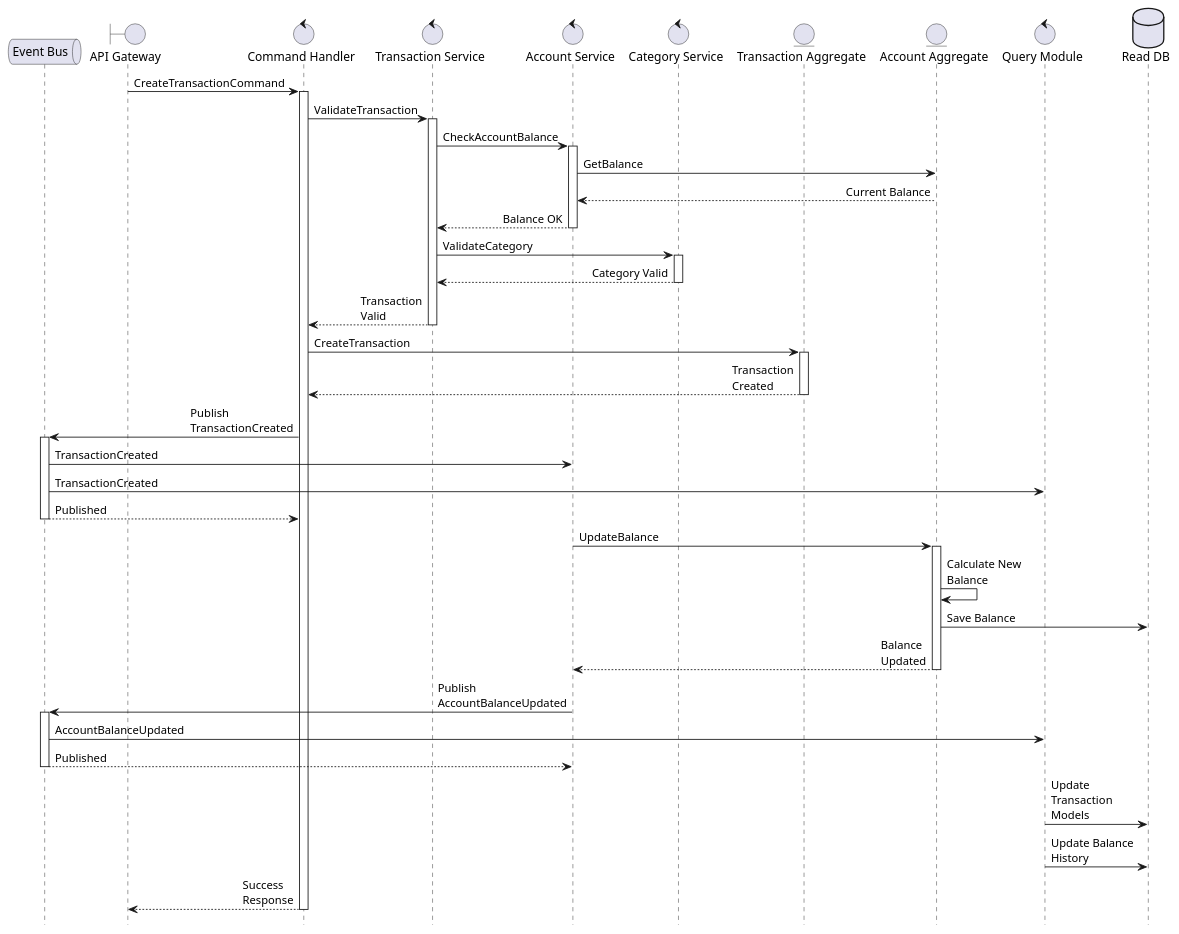
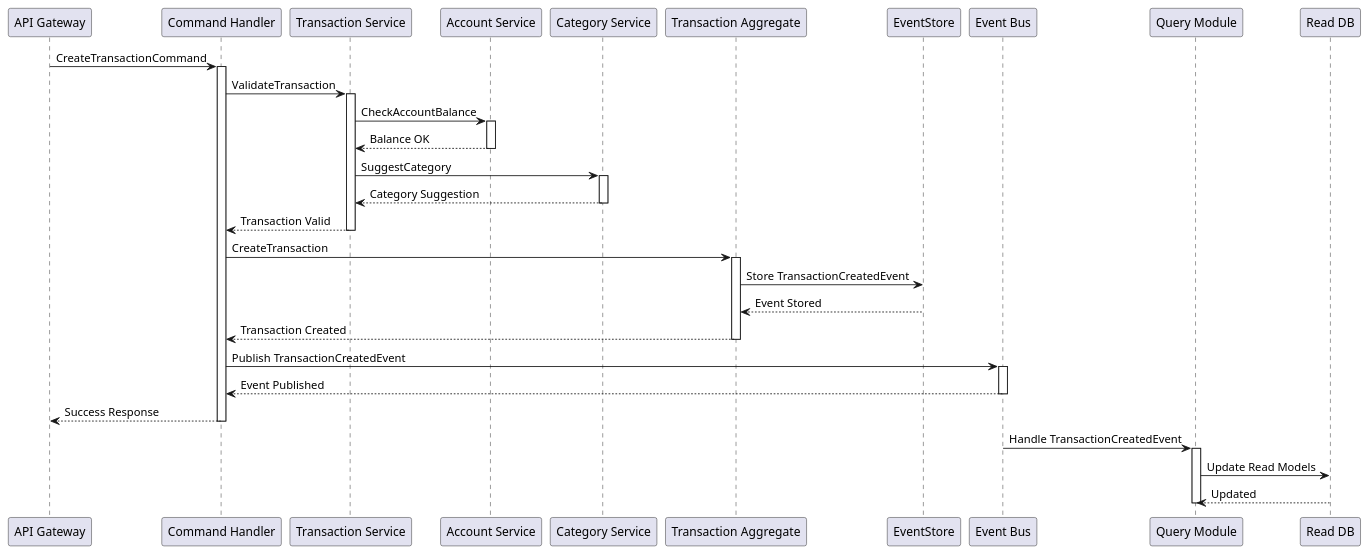
Before and after one commit to Osguima3/welz: the first of 9 diagrams in docs/model/sequence-diagrams.md, drawn with PlantUML. The commit also changed other lines of this file and 6 other files, not shown here.

````diff
--- a/docs/model/sequence-diagrams.md
+++ b/docs/model/sequence-diagrams.md
@@ -11,76 +22,54 @@
 ```plantuml
 @startuml
-!pragma teoz true
-skinparam responseMessageBelowArrow true
-skinparam sequenceMessageAlign direction
-skinparam maxMessageSize 100
-skinparam participantPadding 20
-skinparam boxPadding 10
-hide footbox
+participant "API Gateway" as API
+participant "Command Handler" as CH
+participant "Transaction Service" as TS
+participant "Account Service" as AS
+participant "Category Service" as CS
+participant "Transaction Aggregate" as TA
+participant "EventStore" as ES
+participant "Event Bus" as EB
+participant "Query Module" as QM
+participant "Read DB" as DB
 
-' Participant definitions
-queue       "Event Bus"              as EB
-boundary    "API Gateway"            as API
-control     "Command Handler"        as CH
-control     "Transaction Service"    as TS
-control     "Account Service"        as AS
-control     "Category Service"       as CS
-entity      "Transaction Aggregate"  as TA
-entity      "Account Aggregate"      as AA
-control     "Query Module"           as QM
-database    "Read DB"                as DB
-
-' Flow
 API -> CH: CreateTransactionCommand
 activate CH
 
 CH -> TS: ValidateTransaction
 activate TS
 
 TS -> AS: CheckAccountBalance
 activate AS
-AS -> AA: GetBalance
-AA --> AS: Current Balance
 AS --> TS: Balance OK
 deactivate AS
 
-TS -> CS: ValidateCategory
+TS -> CS: SuggestCategory
 activate CS
-CS --> TS: Category Valid
+CS --> TS: Category Suggestion
 deactivate CS
 
 TS --> CH: Transaction Valid
 deactivate TS
 
 CH -> TA: CreateTransaction
 activate TA
+TA -> ES: Store TransactionCreatedEvent
+ES --> TA: Event Stored
 TA --> CH: Transaction Created
 deactivate TA
 
-CH -> EB: Publish TransactionCreated
+CH -> EB: Publish TransactionCreatedEvent
 activate EB
-EB -> AS: TransactionCreated
-EB -> QM: TransactionCreated
-EB --> CH: Published
+EB --> CH: Event Published
 deactivate EB
-
-AS -> AA: UpdateBalance
-activate AA
-AA -> AA: Calculate New Balance
-AA -> DB: Save Balance
-AA --> AS: Balance Updated
-deactivate AA
-
-AS -> EB: Publish AccountBalanceUpdated
-activate EB
-EB -> QM: AccountBalanceUpdated
-EB --> AS: Published
-deactivate EB
-
-QM -> DB: Update Transaction Models
-QM -> DB: Update Balance History
 
 CH --> API: Success Response
 deactivate CH
+
+EB -> QM: Handle TransactionCreatedEvent
+activate QM
+QM -> DB: Update Read Models
+DB --> QM: Updated
+deactivate QM
 @enduml
 ```
````
